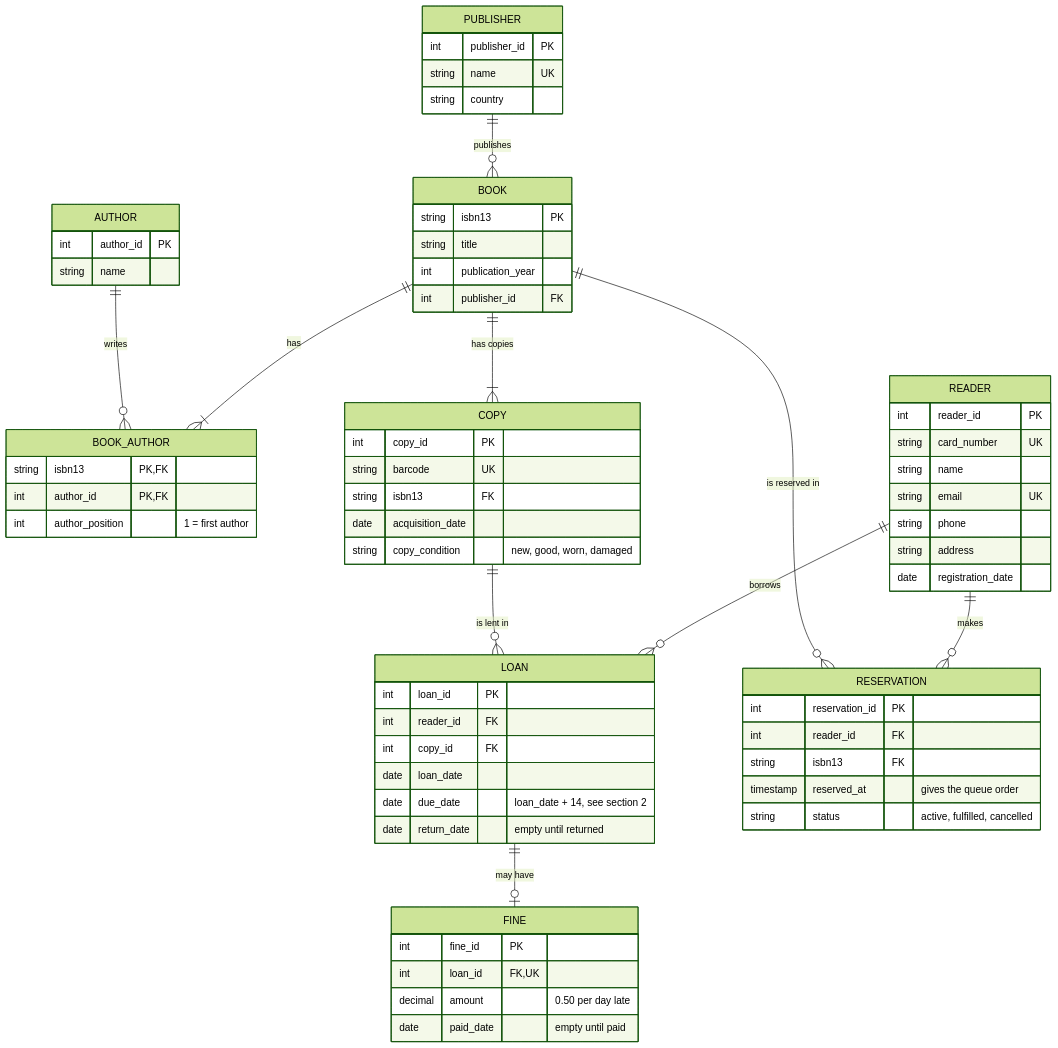
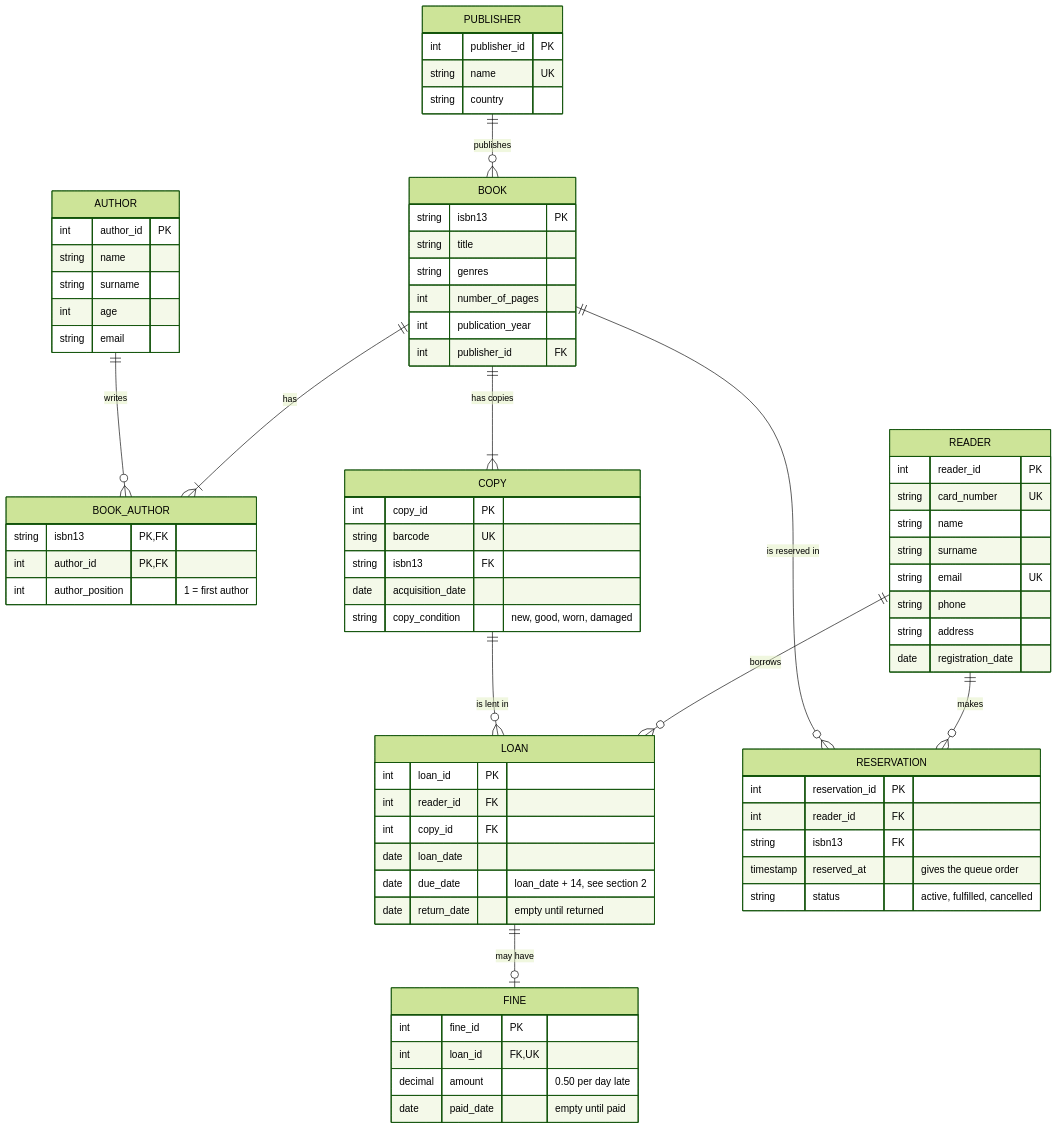
Before and after one commit to leodexdev/databases_module: the diagram in exercises/02-modelling/exercise/model.md, drawn with Mermaid (forest theme). The commit also changed other lines of this file and 1 other file, not shown here.

````diff
--- a/exercises/02-modelling/exercise/model.md
+++ b/exercises/02-modelling/exercise/model.md
@@ -5,70 +5,76 @@
 ```mermaid
 erDiagram
     PUBLISHER ||--o{ BOOK : publishes
     BOOK ||--|{ BOOK_AUTHOR : has
     AUTHOR ||--o{ BOOK_AUTHOR : writes
     BOOK ||--|{ COPY : "has copies"
     READER ||--o{ LOAN : borrows
     COPY ||--o{ LOAN : "is lent in"
     READER ||--o{ RESERVATION : makes
     BOOK ||--o{ RESERVATION : "is reserved in"
     LOAN ||--o| FINE : "may have"
 
     READER {
         int reader_id PK
         string card_number UK
         string name
+        string surname
         string email UK
         string phone
         string address
         date registration_date
     }
     PUBLISHER {
         int publisher_id PK
         string name UK
         string country
     }
     BOOK {
         string isbn13 PK
         string title
+        string genres
+        int number_of_pages
         int publication_year
         int publisher_id FK
     }
     AUTHOR {
         int author_id PK
         string name
+        string surname
+        int age
+        string email
     }
     BOOK_AUTHOR {
         string isbn13 PK, FK
         int author_id PK, FK
         int author_position "1 = first author"
     }
     COPY {
         int copy_id PK
         string barcode UK
         string isbn13 FK
         date acquisition_date
         string copy_condition "new, good, worn, damaged"
     }
     LOAN {
         int loan_id PK
         int reader_id FK
         int copy_id FK
         date loan_date
         date due_date "loan_date + 14, see section 2"
         date return_date "empty until returned"
     }
     RESERVATION {
         int reservation_id PK
         int reader_id FK
         string isbn13 FK
         timestamp reserved_at "gives the queue order"
         string status "active, fulfilled, cancelled"
     }
     FINE {
         int fine_id PK
         int loan_id FK, UK
         decimal amount "0.50 per day late"
         date paid_date "empty until paid"
     }
 ```
````
